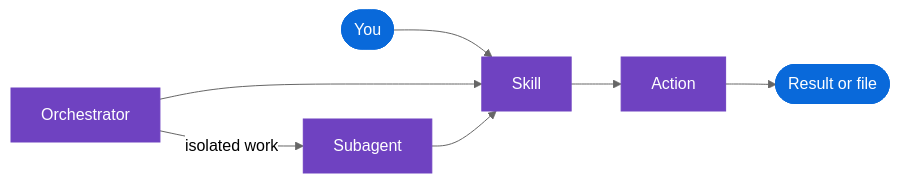
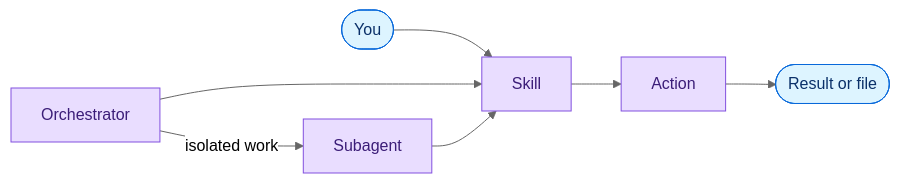
One commit to ai-driven-dev/framework changed the diagram in docs/ARCHITECTURE.md. Above: the diagram before and after it, drawn with Mermaid (neutral theme). The commit also changed other lines of this file and 11 other files, not shown here.

First line of the commit message:
docs: soften diagram colors, order guides by project life, simplify compatibility and maintainers

````diff
--- a/docs/ARCHITECTURE.md
+++ b/docs/ARCHITECTURE.md
@@ -42,10 +48,10 @@
 ```mermaid
 flowchart LR
   you(["You"]) --> skill["Skill"] --> action["Action"] --> result(["Result or file"])
   orchestrator["Orchestrator"] --> skill
   orchestrator -->|isolated work| subagent["Subagent"] --> skill
-  classDef step fill:#6f42c1,stroke:#6f42c1,color:#fff
-  classDef edge fill:#0969da,stroke:#0969da,color:#fff
+  classDef step fill:#e9ddff,stroke:#8250df,color:#3b1d78
+  classDef edge fill:#ddf4ff,stroke:#0969da,color:#0a3069
   class skill,action,orchestrator,subagent step
   class you,result edge
 ```
````
